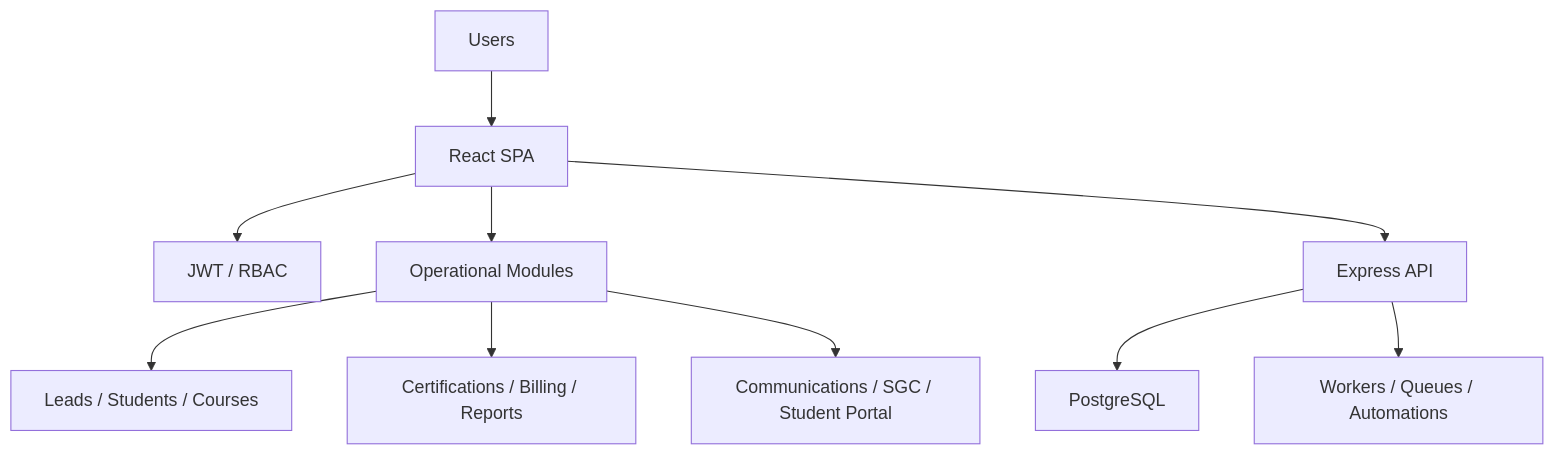
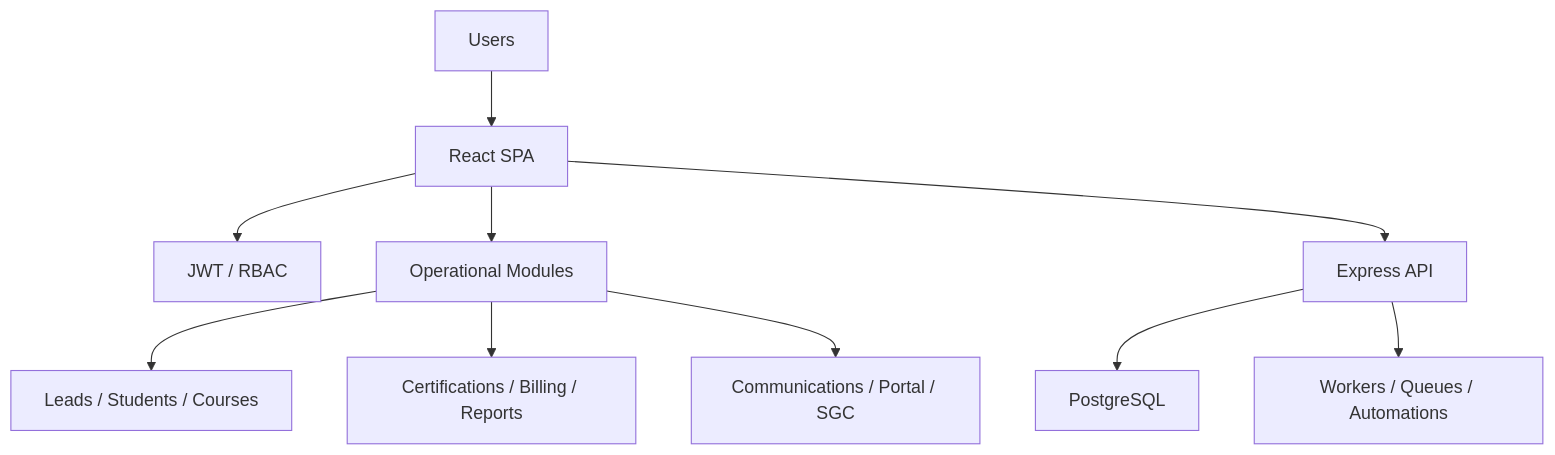
The diagram in README.md (Robertgaraban/abyss-stcw-brief), drawn with Mermaid before and after one commit. The commit also changed other lines of this file and 5 other files, not shown here.

````diff
--- a/README.md
+++ b/README.md
@@ -71,12 +98,12 @@
 ```mermaid
 flowchart TD
     A["Users"] --> B["React SPA"]
     B --> C["JWT / RBAC"]
     B --> D["Operational Modules"]
     D --> E["Leads / Students / Courses"]
     D --> F["Certifications / Billing / Reports"]
-    D --> G["Communications / SGC / Student Portal"]
+    D --> G["Communications / Portal / SGC"]
     B --> H["Express API"]
     H --> I["PostgreSQL"]
     H --> J["Workers / Queues / Automations"]
 ```
````
